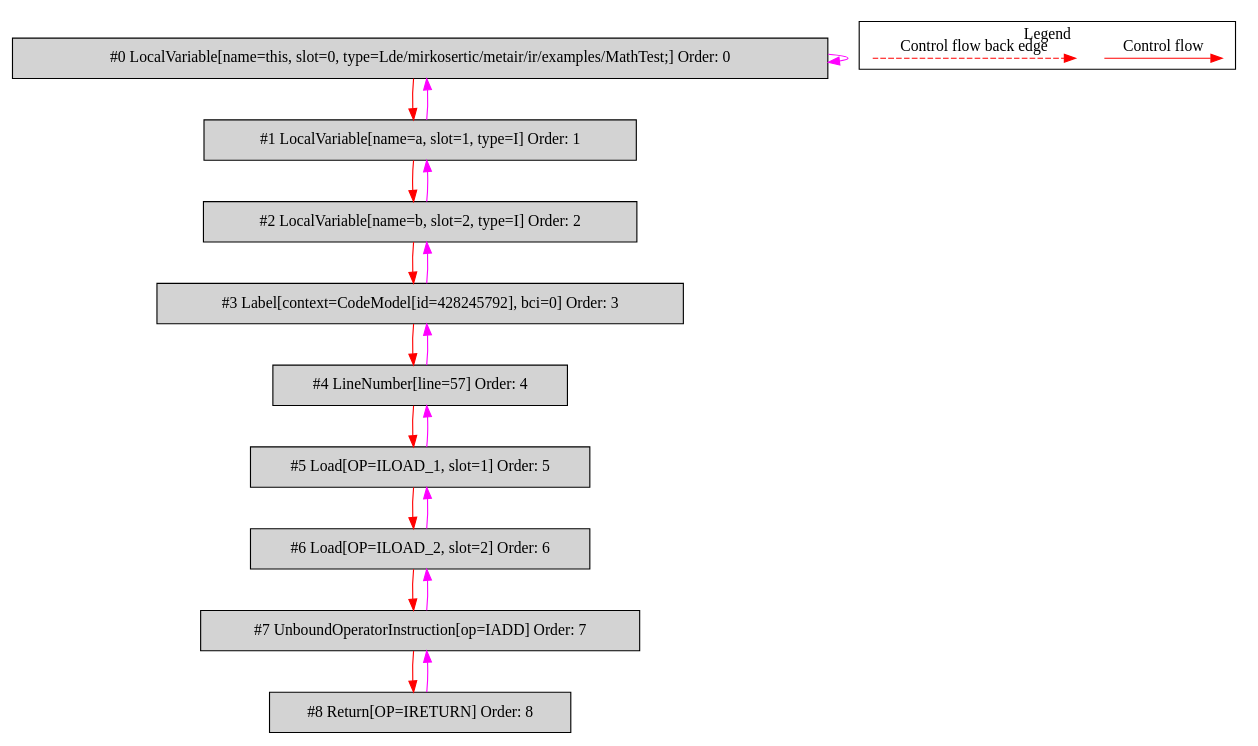
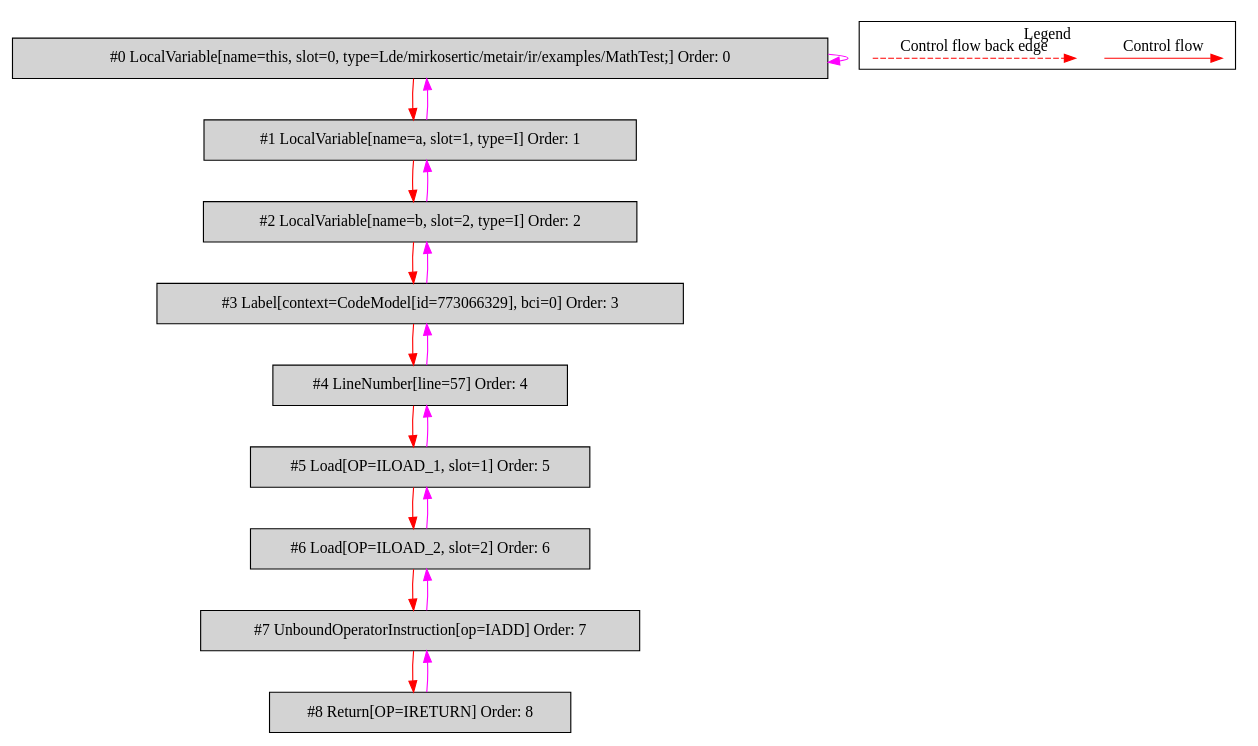
One commit to mirkosertic/MetaIR changed the diagram in de.mirkosertic.metair.ir.examples.MathTest/iadd/bytecodecfg.dot. Above: the diagram before and after it, drawn with Graphviz. The commit also changed 1247 other files, not shown here.

```diff
--- a/de.mirkosertic.metair.ir.examples.MathTest/iadd/bytecodecfg.dot
+++ b/de.mirkosertic.metair.ir.examples.MathTest/iadd/bytecodecfg.dot
@@ -1,43 +1,43 @@
 digraph {
  ordering="in";
  node0[label="#0 LocalVariable[name=this, slot=0, type=Lde/mirkosertic/metair/ir/examples/MathTest;] Order: 0", shape=box, fillcolor=lightgrey, style=filled];
  node1[label="#1 LocalVariable[name=a, slot=1, type=I] Order: 1", shape=box, fillcolor=lightgrey, style=filled];
  node2[label="#2 LocalVariable[name=b, slot=2, type=I] Order: 2", shape=box, fillcolor=lightgrey, style=filled];
- node3[label="#3 Label[context=CodeModel[id=428245792], bci=0] Order: 3", shape=box, fillcolor=lightgrey, style=filled];
+ node3[label="#3 Label[context=CodeModel[id=773066329], bci=0] Order: 3", shape=box, fillcolor=lightgrey, style=filled];
  node4[label="#4 LineNumber[line=57] Order: 4", shape=box, fillcolor=lightgrey, style=filled];
  node5[label="#5 Load[OP=ILOAD_1, slot=1] Order: 5", shape=box, fillcolor=lightgrey, style=filled];
  node6[label="#6 Load[OP=ILOAD_2, slot=2] Order: 6", shape=box, fillcolor=lightgrey, style=filled];
  node7[label="#7 UnboundOperatorInstruction[op=IADD] Order: 7", shape=box, fillcolor=lightgrey, style=filled];
  node8[label="#8 Return[OP=IRETURN] Order: 8", shape=box, fillcolor=lightgrey, style=filled];
  node0 -> node0[color=fuchsia];
  node0 -> node1[color=red];
  node1 -> node0[color=fuchsia];
  node1 -> node2[color=red];
  node2 -> node1[color=fuchsia];
  node2 -> node3[color=red];
  node3 -> node2[color=fuchsia];
  node3 -> node4[color=red];
  node4 -> node3[color=fuchsia];
  node4 -> node5[color=red];
  node5 -> node4[color=fuchsia];
  node5 -> node6[color=red];
  node6 -> node5[color=fuchsia];
  node6 -> node7[color=red];
  node7 -> node6[color=fuchsia];
  node7 -> node8[color=red];
  node8 -> node7[color=fuchsia];
  subgraph cluster_000 {
   label = "Legend";
   node [shape=point]
   {
    rank=same;
    c0 [style = invis];
    c1 [style = invis];
    c2 [style = invis];
    c3 [style = invis];
   }
   c0 -> c1 [label="Control flow", style=solid, color=red]
   c2 -> c3 [label="Control flow back edge", style=dashed, color=red]
  }
 
 }
```
